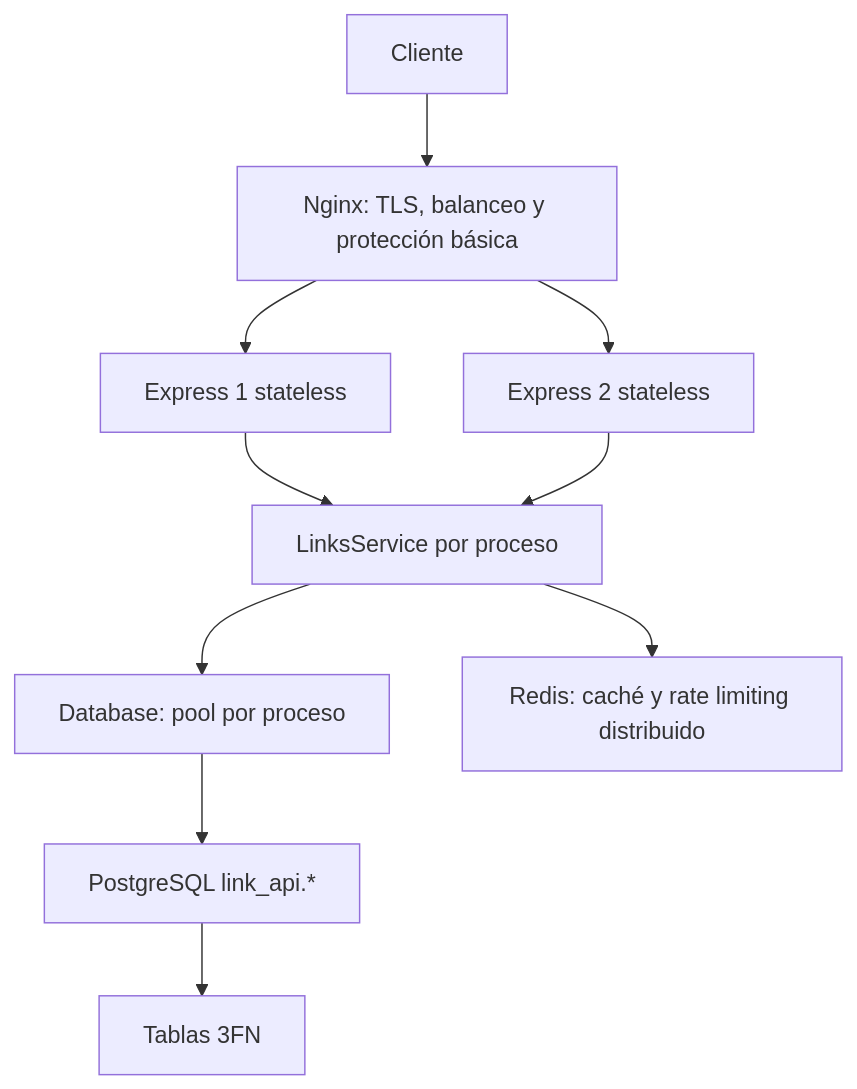
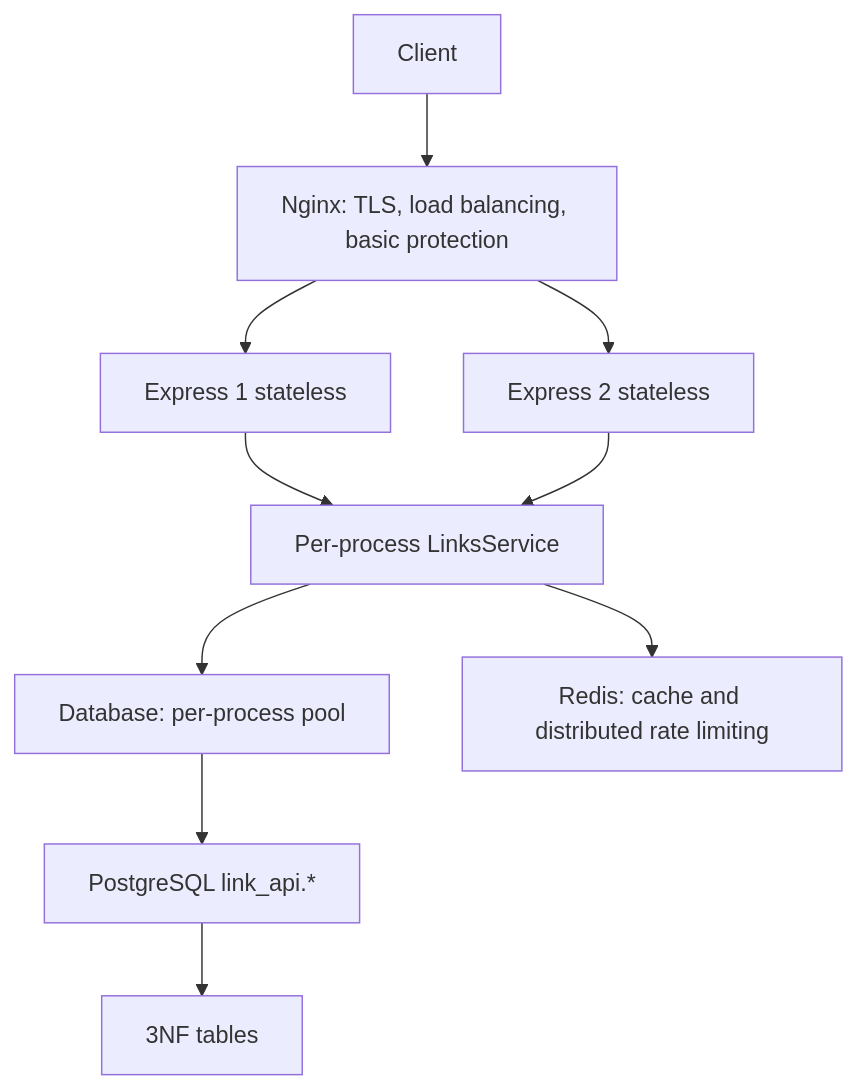
The first of 2 diagrams in docs/system-design.md (davgar2023/url-shortener), drawn with Mermaid before and after one commit. The commit also changed other lines of this file and 9 other files, not shown here.

````diff
--- a/docs/system-design.md
+++ b/docs/system-design.md
@@ -5,12 +5,12 @@
 ```mermaid
 flowchart TD
-  Client[Cliente] --> Nginx[Nginx: TLS, balanceo y protección básica]
+  Client[Client] --> Nginx[Nginx: TLS, load balancing, basic protection]
   Nginx --> API1[Express 1 stateless]
   Nginx --> API2[Express 2 stateless]
-  API1 --> Service[LinksService por proceso]
+  API1 --> Service[Per-process LinksService]
   API2 --> Service
-  Service --> DB[Database: pool por proceso]
+  Service --> DB[Database: per-process pool]
   DB --> Functions[PostgreSQL link_api.*]
-  Functions --> Tables[Tablas 3FN]
-  Service --> Redis[Redis: caché y rate limiting distribuido]
+  Functions --> Tables[3NF tables]
+  Service --> Redis[Redis: cache and distributed rate limiting]
 ```
````
